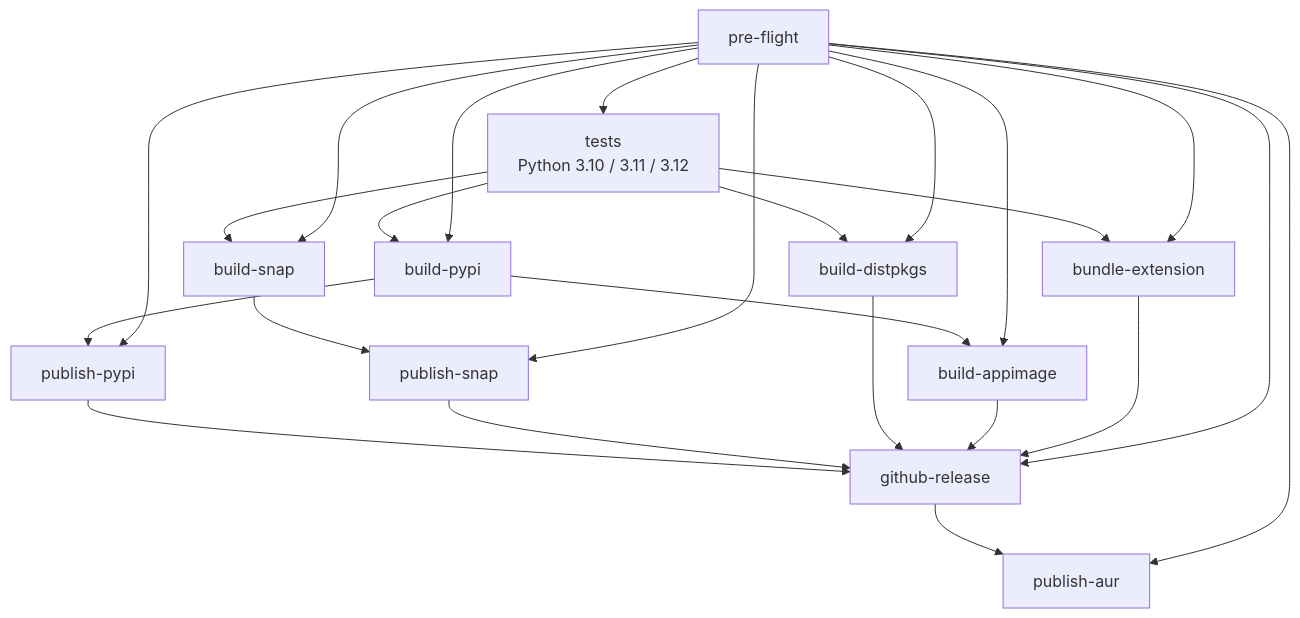
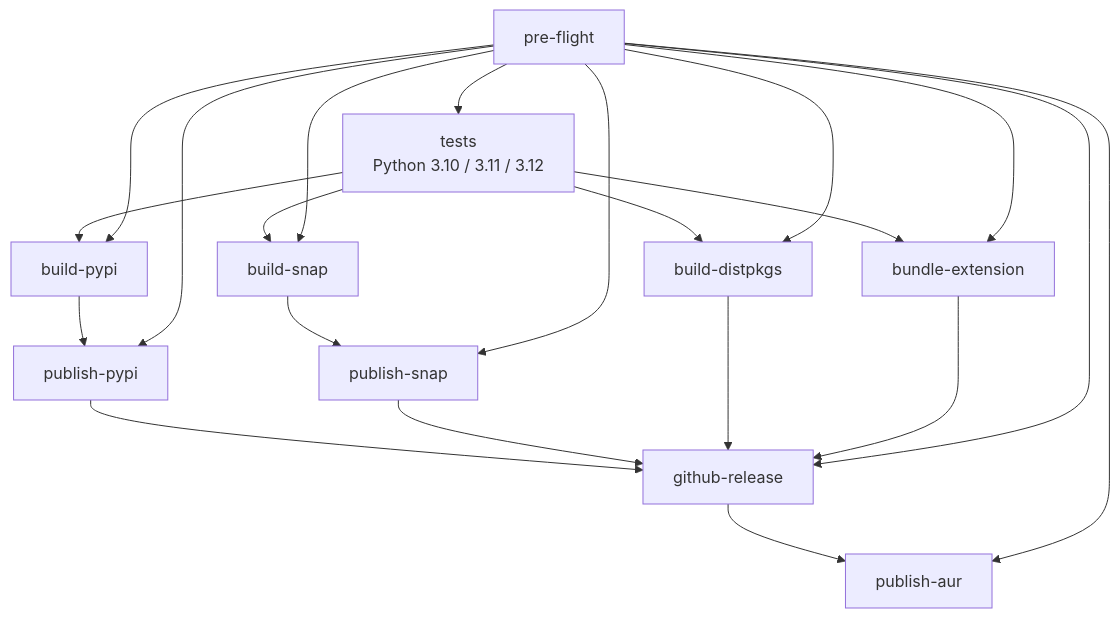
The diagram in docs/ci-cd.md (MohammedEl-sayedAhmed/clipman), drawn with Mermaid before and after one commit. The commit also changed other lines of this file and 8 other files, not shown here.

````diff
--- a/docs/ci-cd.md
+++ b/docs/ci-cd.md
@@ -36,38 +36,34 @@
 ```mermaid
 flowchart TD
     PF[pre-flight]
     T[tests<br/>Python 3.10 / 3.11 / 3.12]
     BP[build-pypi]
     BS[build-snap]
     BD[build-distpkgs]
-    BA[build-appimage]
     BE[bundle-extension]
     PP[publish-pypi]
     PS[publish-snap]
     GR[github-release]
     PA[publish-aur]
 
     PF --> T
     T --> BP
     T --> BS
     T --> BD
     T --> BE
     PF --> BP
     PF --> BS
     PF --> BD
     PF --> BE
-    BP --> BA
-    PF --> BA
     BP --> PP
     PF --> PP
     BS --> PS
     PF --> PS
     PP --> GR
     PS --> GR
     BD --> GR
-    BA --> GR
     BE --> GR
     PF --> GR
     GR --> PA
     PF --> PA
 ```
````
